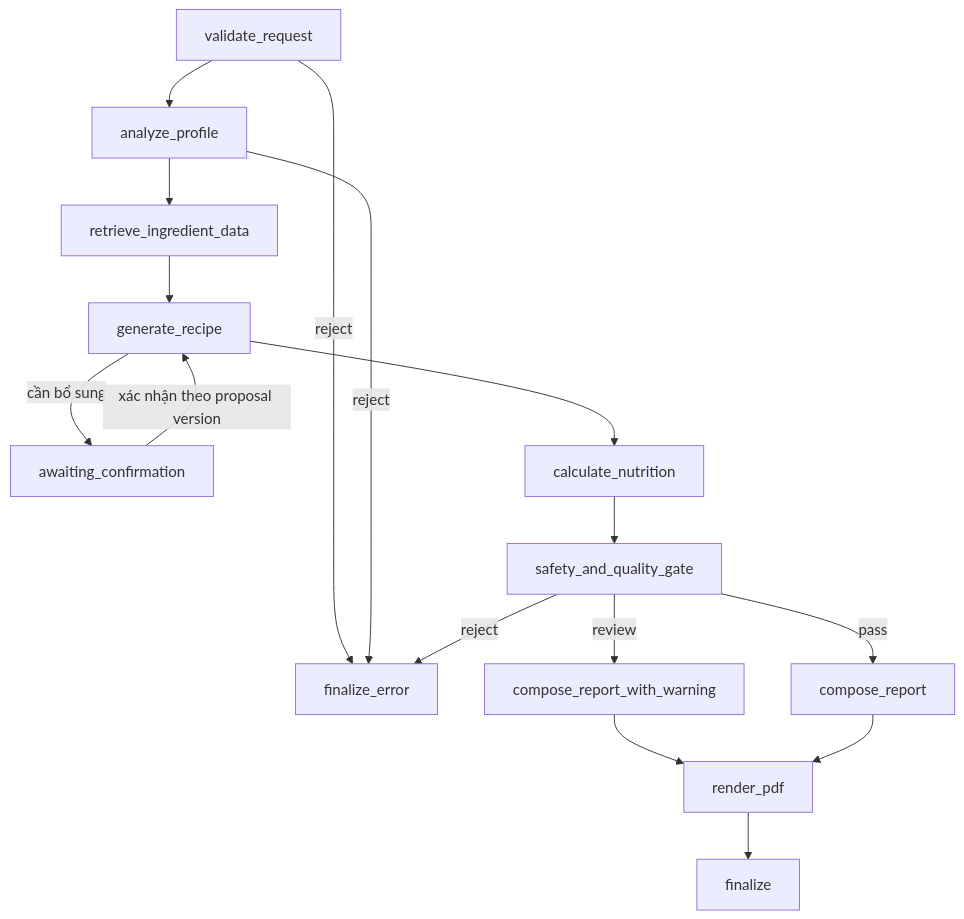
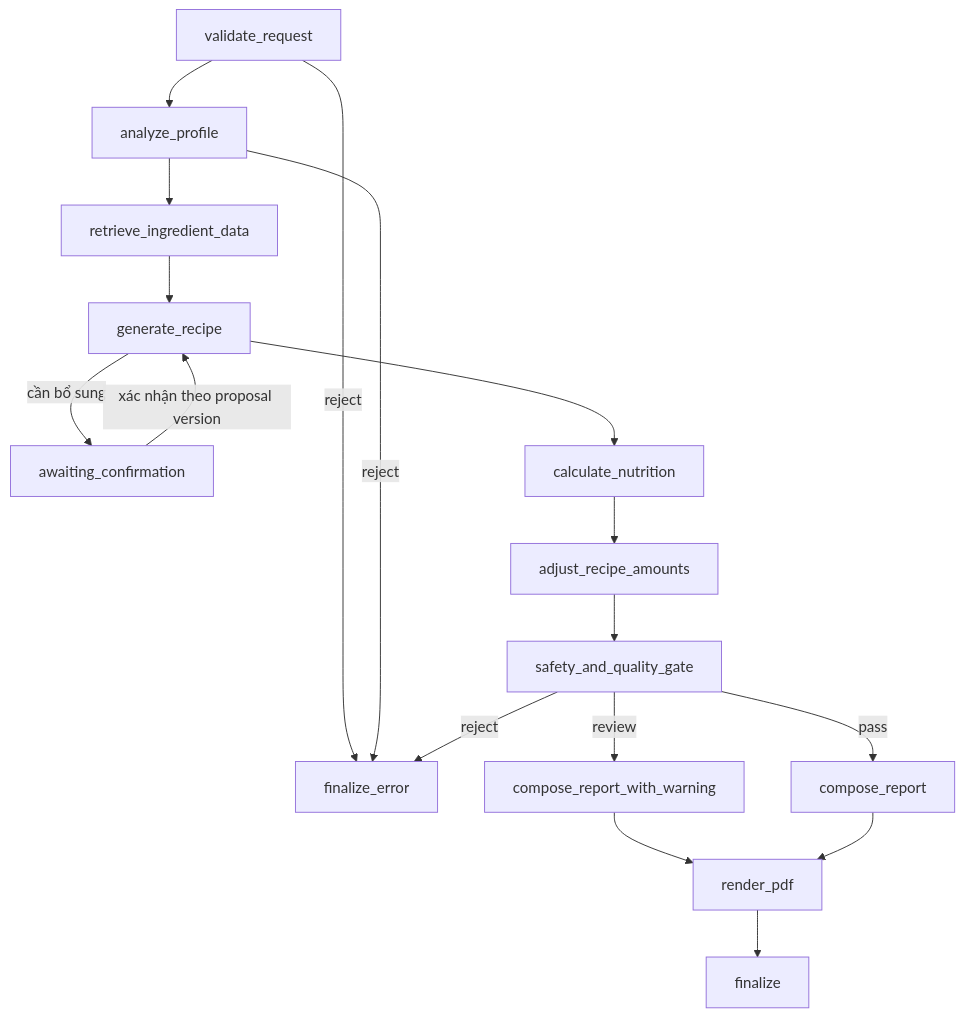
The second of 2 diagrams in docs/langgraph-report/architecture.md (trongphuc0401/eden-nutrition-ai), drawn with Mermaid before and after one commit. The commit also changed other lines of this file and 48 other files, not shown here.

````diff
--- a/docs/langgraph-report/architecture.md
+++ b/docs/langgraph-report/architecture.md
@@ -35,18 +36,19 @@
 ```mermaid
 flowchart TD
   V[validate_request] --> A[analyze_profile]
   V -->|reject| E[finalize_error]
   A --> R[retrieve_ingredient_data]
   A -->|reject| E
   R --> G[generate_recipe]
   G -->|cần bổ sung| W[awaiting_confirmation]
   W -->|xác nhận theo proposal version| G
   G --> C[calculate_nutrition]
-  C --> S[safety_and_quality_gate]
+  C --> ADJ[adjust_recipe_amounts]
+  ADJ --> S[safety_and_quality_gate]
   S -->|reject| E
   S -->|review| CW[compose_report_with_warning]
   S -->|pass| CP[compose_report]
   CW --> P[render_pdf]
   CP --> P
   P --> F[finalize]
 ```
````
